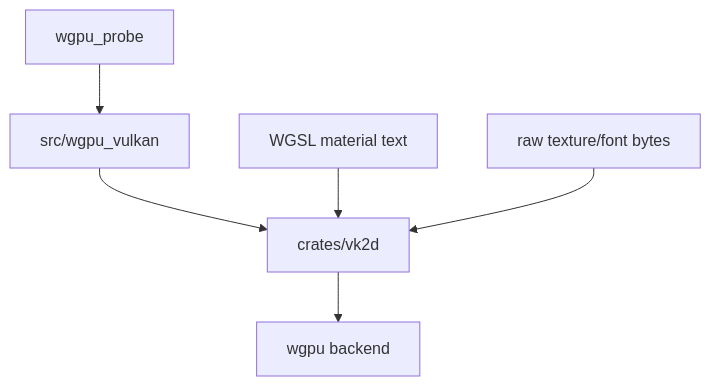
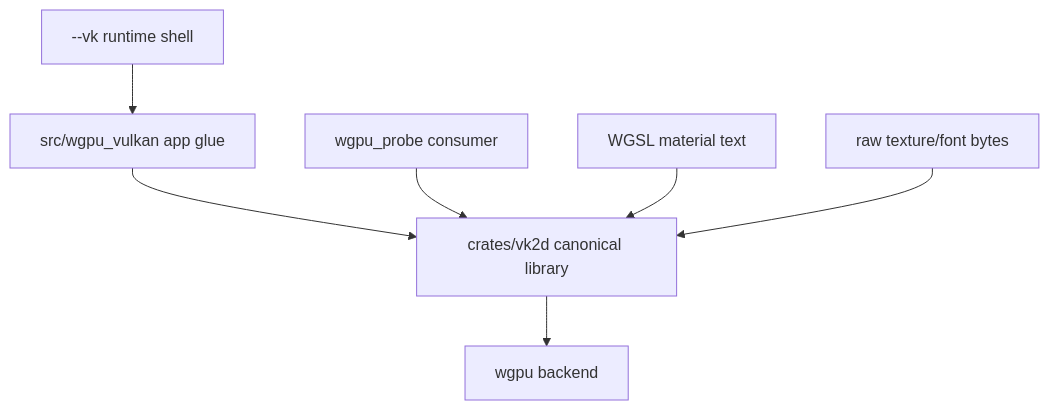
The sixth of 7 diagrams in src/content/docs/pages/architecture/rendering-and-ui.md (soulwax/EchoWiki), drawn with Mermaid before and after one commit. The commit also changed other lines of this file and 17 other files, not shown here.

````diff
--- a/src/content/docs/pages/architecture/rendering-and-ui.md
+++ b/src/content/docs/pages/architecture/rendering-and-ui.md
@@ -122,13 +125,15 @@
 ```mermaid
 flowchart TD
-    probe[wgpu_probe]
-    consumer[src/wgpu_vulkan]
-    crate[crates/vk2d]
+    shell[--vk runtime shell]
+    probe[wgpu_probe consumer]
+    consumer[src/wgpu_vulkan app glue]
+    crate[crates/vk2d canonical library]
     gpu[wgpu backend]
     shader[WGSL material text]
     assets[raw texture/font bytes]
 
-    probe --> consumer --> crate --> gpu
+    shell --> consumer --> crate --> gpu
+    probe --> crate
     shader --> crate
     assets --> crate
 ```
````
